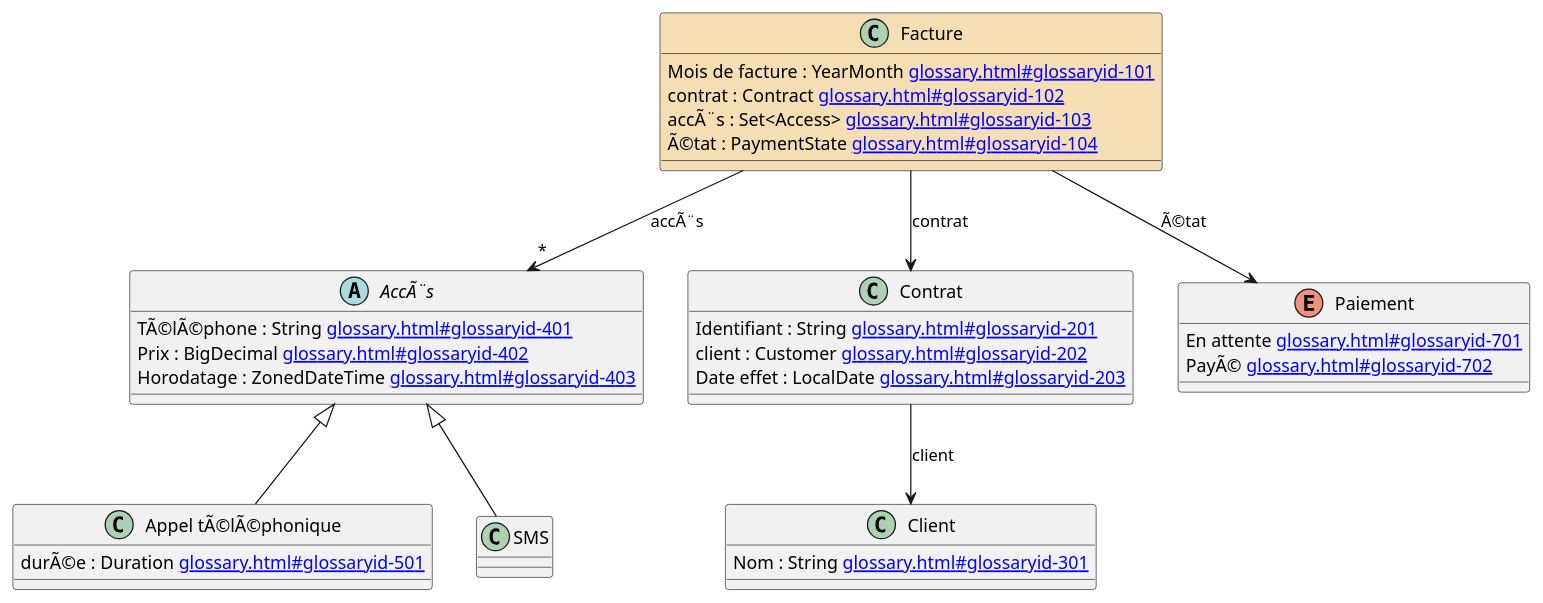
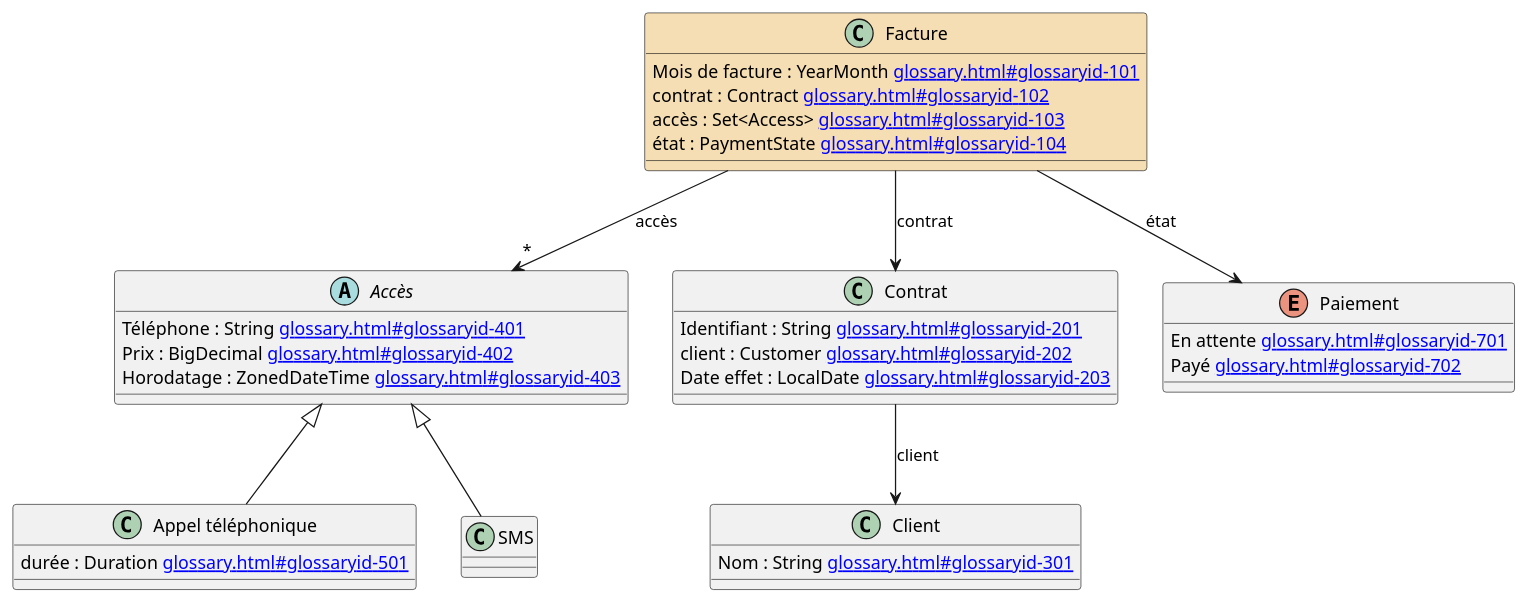
One commit to jboz/living-documentation changed the diagram in livingdoc-maven-plugin/src/it/ddd-annotated/src/test/resources/expected/diagram.adoc. Above: the diagram before and after it, drawn with PlantUML. The commit also changed 6 other files, not shown here.

```diff
--- a/livingdoc-maven-plugin/src/it/ddd-annotated/src/test/resources/expected/diagram.adoc
+++ b/livingdoc-maven-plugin/src/it/ddd-annotated/src/test/resources/expected/diagram.adoc
@@ -5,55 +5,55 @@
 [plantuml, diagram, format=svg, opts=interactive]
 ----
 @startuml
 
 
 
 
 
-abstract class "AccÃ¨s" [[glossary.html#glossaryid-400{AccÃ¨s}]] {
-  TÃ©lÃ©phone : String [[glossary.html#glossaryid-401{TÃ©lÃ©phone}]]
+abstract class "Accès" [[glossary.html#glossaryid-400{Accès}]] {
+  Téléphone : String [[glossary.html#glossaryid-401{Téléphone}]]
   Prix : BigDecimal [[glossary.html#glossaryid-402{Prix}]]
   Horodatage : ZonedDateTime [[glossary.html#glossaryid-403{Horodatage}]]
 }
 
-class "Appel tÃ©lÃ©phonique" [[glossary.html#glossaryid-500{Appel tÃ©lÃ©phonique}]] {
-  durÃ©e : Duration [[glossary.html#glossaryid-501{durÃ©e}]]
+class "Appel téléphonique" [[glossary.html#glossaryid-500{Appel téléphonique}]] {
+  durée : Duration [[glossary.html#glossaryid-501{durée}]]
 }
 
 class "Client" [[glossary.html#glossaryid-300{Client}]] {
   Nom : String [[glossary.html#glossaryid-301{Nom}]]
 }
 
 class "Contrat" [[glossary.html#glossaryid-200{Contrat}]] {
   Identifiant : String [[glossary.html#glossaryid-201{Identifiant}]]
   client : Customer [[glossary.html#glossaryid-202{client}]]
   Date effet : LocalDate [[glossary.html#glossaryid-203{Date effet}]]
 }
 
 class "Facture" [[glossary.html#glossaryid-100{Facture}]] #wheat {
   Mois de facture : YearMonth [[glossary.html#glossaryid-101{Mois de facture}]]
   contrat : Contract [[glossary.html#glossaryid-102{contrat}]]
-  accÃ¨s : Set<Access> [[glossary.html#glossaryid-103{accÃ¨s}]]
-  Ã©tat : PaymentState [[glossary.html#glossaryid-104{Ã©tat}]]
+  accès : Set<Access> [[glossary.html#glossaryid-103{accès}]]
+  état : PaymentState [[glossary.html#glossaryid-104{état}]]
 }
 
 enum "Paiement" [[glossary.html#glossaryid-700{Paiement}]] {
   En attente [[glossary.html#glossaryid-701{En attente}]]
-  PayÃ© [[glossary.html#glossaryid-702{PayÃ©}]]
+  Payé [[glossary.html#glossaryid-702{Payé}]]
 }
 
 class "SMS" [[glossary.html#glossaryid-600{SMS}]]
 
-"AccÃ¨s" <|-- "Appel tÃ©lÃ©phonique"
-"AccÃ¨s" <|-- "SMS"
+"Accès" <|-- "Appel téléphonique"
+"Accès" <|-- "SMS"
 "Contrat" --> "Client" : client
-"Facture" --> "*" "AccÃ¨s" : accÃ¨s
+"Facture" --> "*" "Accès" : accès
 "Facture" --> "Contrat" : contrat
-"Facture" --> "Paiement" : Ã©tat
+"Facture" --> "Paiement" : état
 
 
 
 
 
 @enduml
 ----
```
